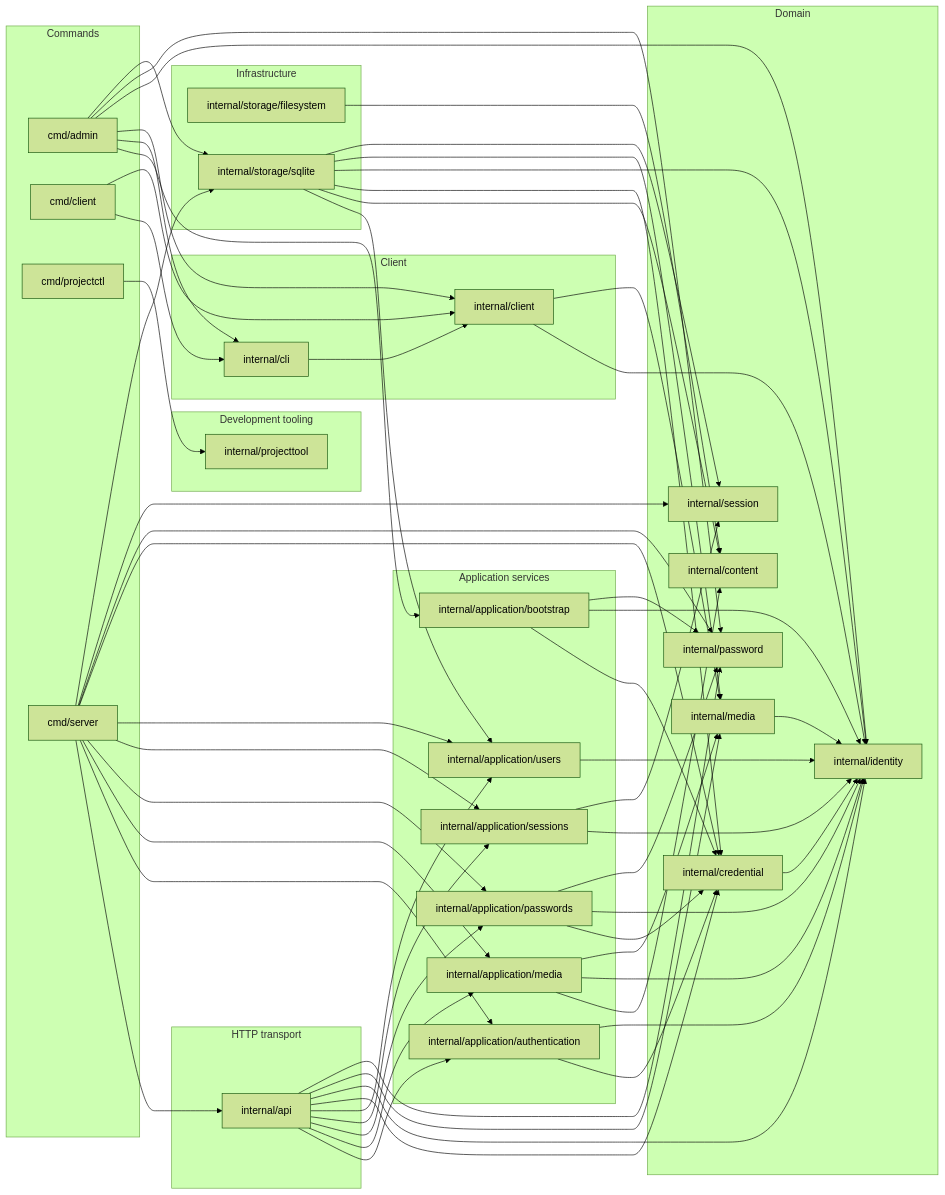
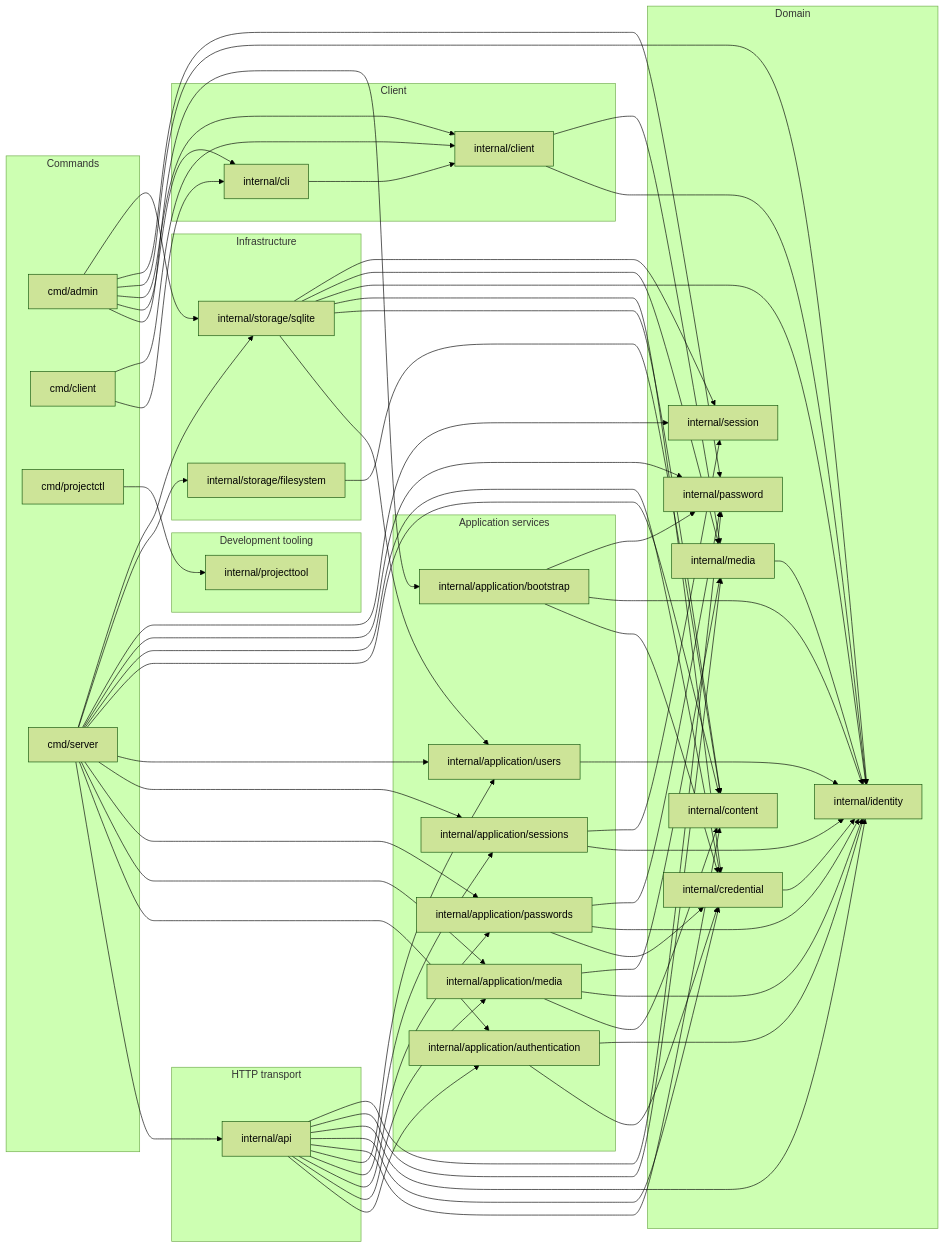
One commit to ebe542/go-mediaarchive changed the diagram in docs/architecture.md. Above: the diagram before and after it, drawn with Mermaid (forest theme). The commit also changed 9 other files, not shown here.

```diff
--- a/docs/architecture.md
+++ b/docs/architecture.md
@@ -71,15 +71,18 @@
   package3 --> package8
   package3 --> package9
   package3 --> package10
+  package3 --> package13
   package3 --> package14
   package3 --> package17
   package3 --> package19
+  package3 --> package20
   package3 --> package21
   package4 --> package5
   package4 --> package7
   package4 --> package8
   package4 --> package9
   package4 --> package10
+  package4 --> package13
   package4 --> package14
   package4 --> package15
   package4 --> package16
```
